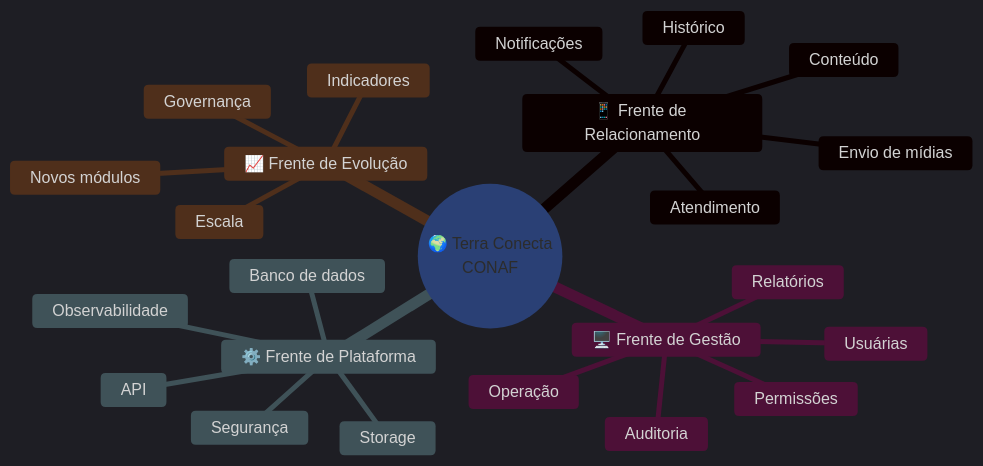
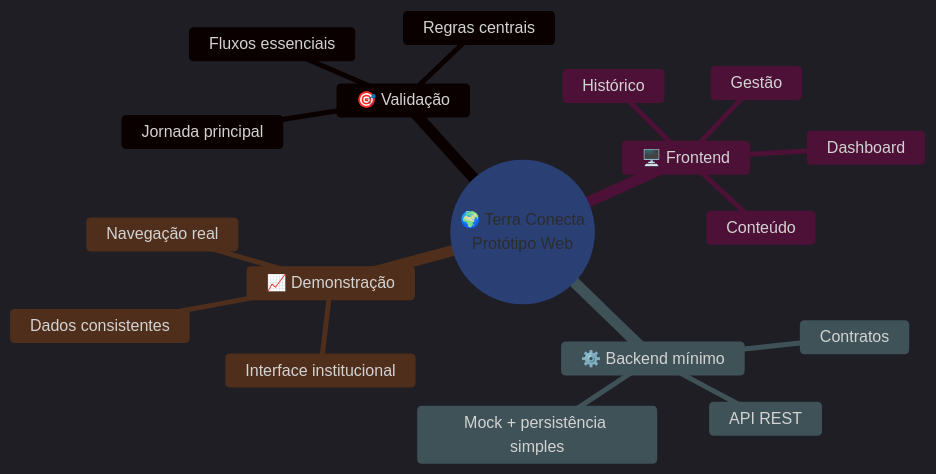
The first of 11 diagrams in Terra Conecta — Proposta Institucional, Comercial e Técnica.md (NickDevHolz/Terra-Conecta), drawn with Mermaid before and after one commit. The commit also changed other lines of this file, not shown here.

Commit message:
Update Terra Conecta — Proposta Institucional, Comercial e Técnica.md

````diff
--- a/Terra Conecta — Proposta Institucional, Comercial e Técnica.md
+++ b/Terra Conecta — Proposta Institucional, Comercial e Técnica.md
@@ -76,40 +84,34 @@
 ```mermaid
 %%{init: {
 'theme':'dark',
 'themeVariables':{
 'background':'#020617',
-'primaryColor':'#06b6d4',
+'primaryColor':'#22d3ee',
 'primaryTextColor':'#f8fafc',
-'primaryBorderColor':'#22c55e',
+'primaryBorderColor':'#39ff14',
 'lineColor':'#a855f7',
 'secondaryColor':'#0f172a',
-'secondaryTextColor':'#f8fafc',
+'secondaryTextColor':'#e2e8f0',
 'tertiaryColor':'#111827',
 'tertiaryTextColor':'#f8fafc'
 }}}%%
 mindmap
-root((🌍 Terra Conecta<br/>CONAF))
-  📱 Frente de Relacionamento
-    Atendimento
+root((🌍 Terra Conecta<br/>Protótipo Web))
+  🎯 Validação
+    Jornada principal
+    Fluxos essenciais
+    Regras centrais
+  🖥️ Frontend
+    Dashboard
+    Gestão
     Conteúdo
     Histórico
-    Notificações
-    Envio de mídias
-  🖥️ Frente de Gestão
-    Usuárias
-    Operação
-    Relatórios
-    Permissões
-    Auditoria
-  ⚙️ Frente de Plataforma
-    API
-    Segurança
-    Banco de dados
-    Storage
-    Observabilidade
-  📈 Frente de Evolução
-    Indicadores
-    Governança
-    Escala
-    Novos módulos
+  ⚙️ Backend mínimo
+    API REST
+    Contratos
+    Mock + persistência simples
+  📈 Demonstração
+    Navegação real
+    Dados consistentes
+    Interface institucional
 ```
````
